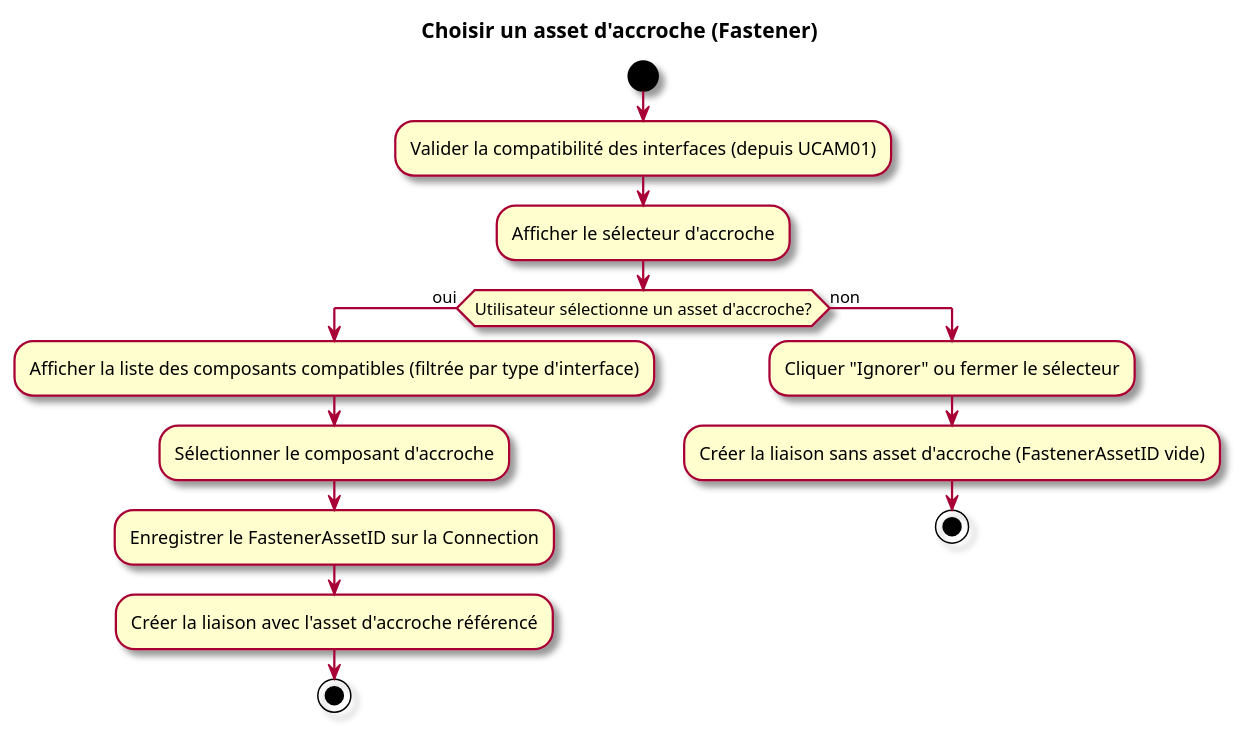
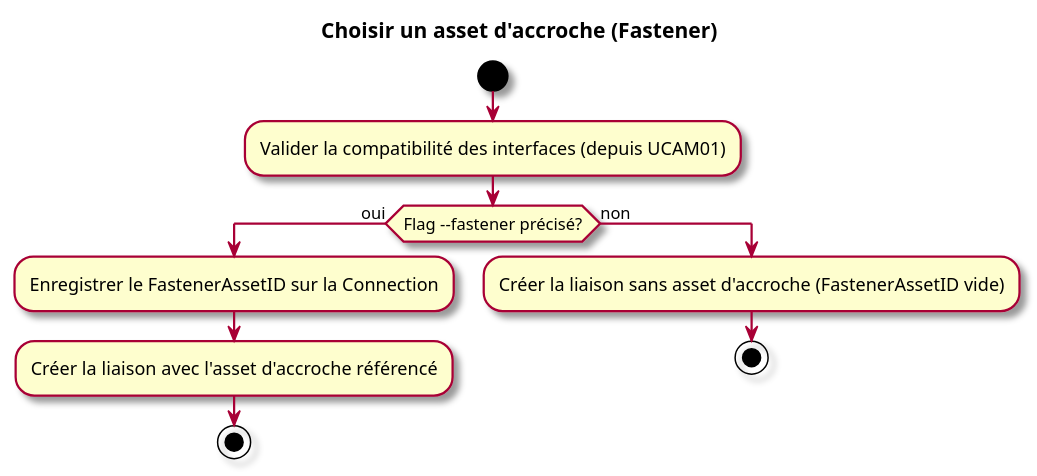
Before and after one commit to olivaux/myr: the third of 3 diagrams in specs/1-Expression/UCAM-Atelier_Module/UCAM07.md, drawn with PlantUML. The commit also changed other lines of this file and 65 other files, not shown here.

````diff
--- a/specs/1-Expression/UCAM-Atelier_Module/UCAM07.md
+++ b/specs/1-Expression/UCAM-Atelier_Module/UCAM07.md
@@ -88,20 +87,16 @@
 ```plantuml
 @startuml
 skin rose
 title Choisir un asset d'accroche (Fastener)
 start
 :Valider la compatibilité des interfaces (depuis UCAM01);
-:Afficher le sélecteur d'accroche;
-if (Utilisateur sélectionne un asset d'accroche?) then (oui)
-  :Afficher la liste des composants compatibles (filtrée par type d'interface);
-  :Sélectionner le composant d'accroche;
+if (Flag --fastener précisé?) then (oui)
   :Enregistrer le FastenerAssetID sur la Connection;
   :Créer la liaison avec l'asset d'accroche référencé;
   stop
 else (non)
-  :Cliquer "Ignorer" ou fermer le sélecteur;
   :Créer la liaison sans asset d'accroche (FastenerAssetID vide);
   stop
 endif
 @enduml
 ```
````
